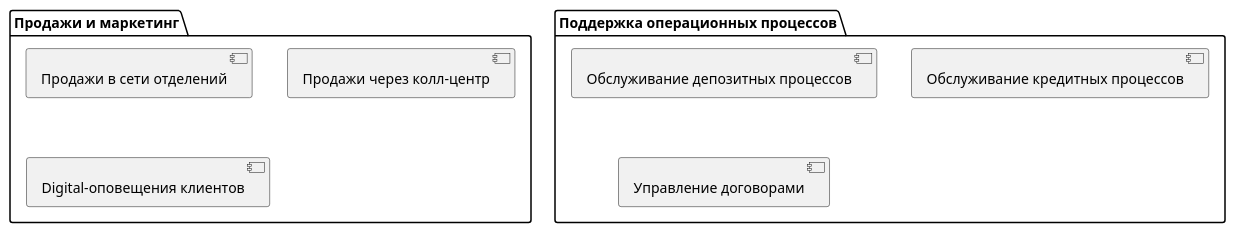
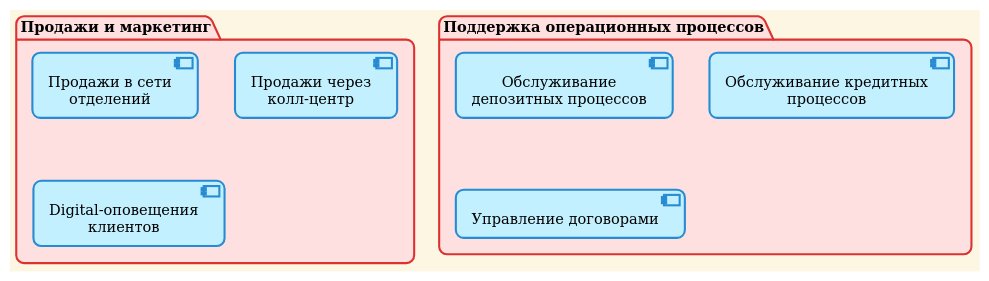
The diagram in task1/Business_Capability_Map.puml (worldemar/architecture-standart), drawn with PlantUML before and after one commit. The commit also changed 6 other files, not shown here.

```diff
--- a/task1/Business_Capability_Map.puml
+++ b/task1/Business_Capability_Map.puml
@@ -1,12 +1,13 @@
 @startuml
+!theme sunlust
 package "Продажи и маркетинг" {
     [Продажи в сети отделений]
     [Продажи через колл-центр]
     [Digital-оповещения клиентов]
 }
 package "Поддержка операционных процессов" {
     [Обслуживание депозитных процессов]
     [Обслуживание кредитных процессов]
     [Управление договорами]
 }
 @enduml
```
